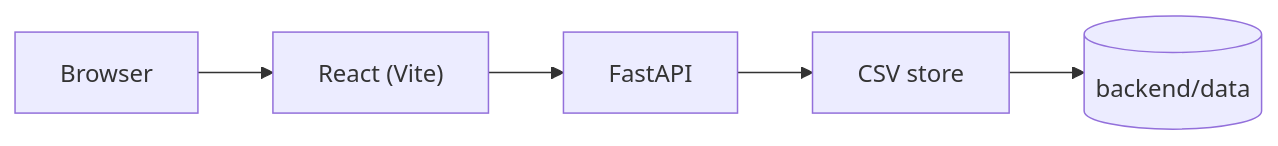
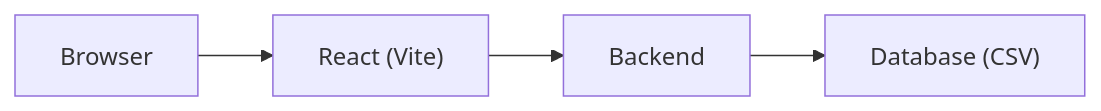
Before and after one commit to tomdavies98/AladdinClone: the diagram in README.md, drawn with Mermaid. The commit also changed other lines of this file, not shown here.

Commit message:
docs: update architecture diagram to Backend and Database (CSV) nodes

````diff
--- a/README.md
+++ b/README.md
@@ -13,8 +13,6 @@
 ```mermaid
 flowchart LR
-  Browser --> React
-  React["React (Vite)"]
-  React --> FastAPI["FastAPI"]
-  FastAPI --> CSV["CSV store"]
-  CSV --> Data[(backend/data)]
+  Browser --> React["React (Vite)"]
+  React --> Backend["Backend"]
+  Backend --> DB["Database (CSV)"]
 ```
````
